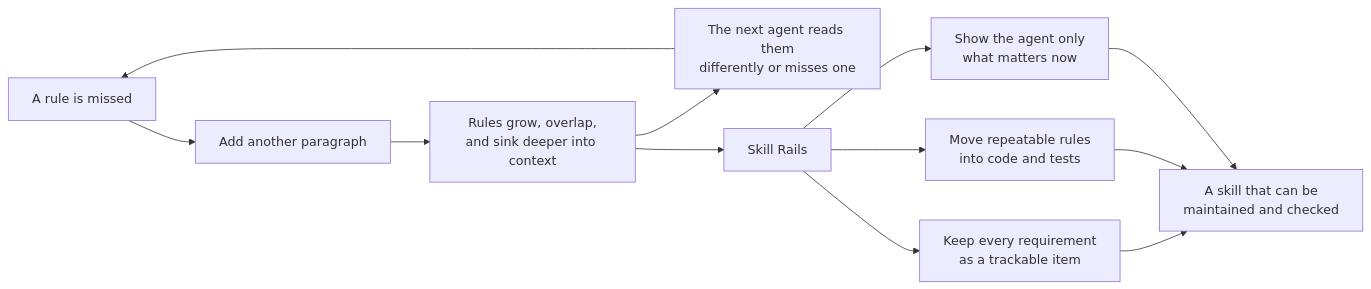
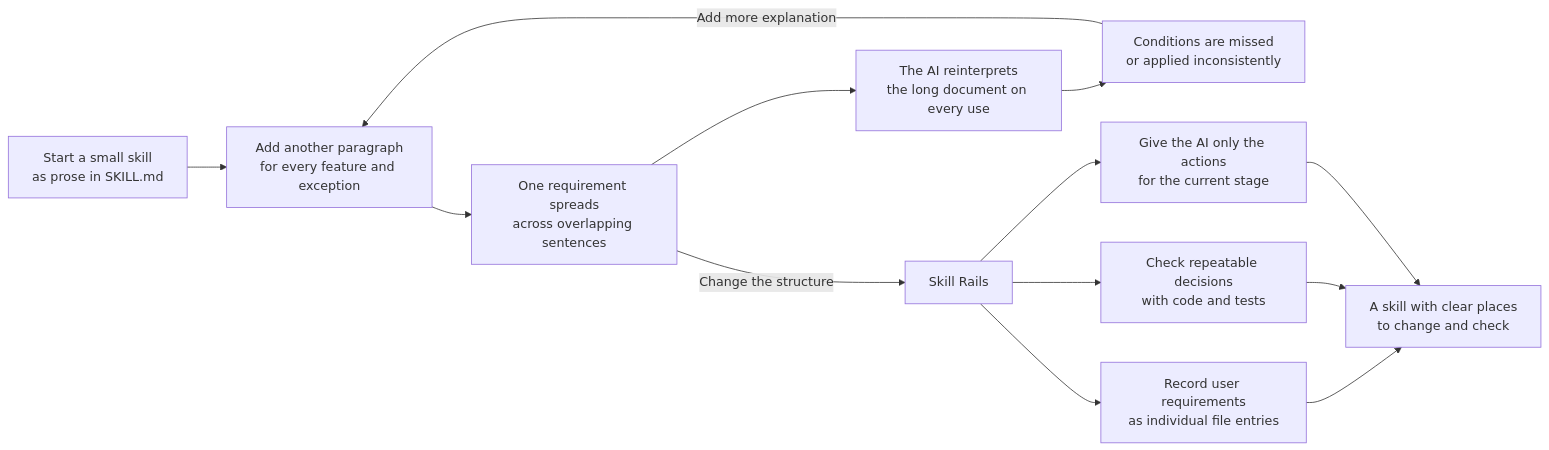
The diagram in README.md (nanomia-ai/skill-rails), drawn with Mermaid before and after one commit. The commit also changed other lines of this file and 1 other file, not shown here.

````diff
--- a/README.md
+++ b/README.md
@@ -15,14 +21,15 @@
 ```mermaid
 flowchart LR
-    A["A rule is missed"] --> B["Add another paragraph"]
-    B --> C["Rules grow, overlap,<br/>and sink deeper into context"]
-    C --> D["The next agent reads them<br/>differently or misses one"]
-    D --> A
-    C --> E["Skill Rails"]
-    E --> F["Keep every requirement<br/>as a trackable item"]
-    E --> G["Move repeatable rules<br/>into code and tests"]
-    E --> H["Show the agent only<br/>what matters now"]
-    F --> I["A skill that can be<br/>maintained and checked"]
-    G --> I
-    H --> I
+    A["Start a small skill<br/>as prose in SKILL.md"] --> B["Add another paragraph<br/>for every feature and exception"]
+    B --> C["One requirement spreads<br/>across overlapping sentences"]
+    C --> D["The AI reinterprets<br/>the long document on every use"]
+    D --> E["Conditions are missed<br/>or applied inconsistently"]
+    E -->|Add more explanation| B
+    C -->|Change the structure| F["Skill Rails"]
+    F --> G["Record user requirements<br/>as individual file entries"]
+    F --> H["Check repeatable decisions<br/>with code and tests"]
+    F --> I["Give the AI only the actions<br/>for the current stage"]
+    G --> J["A skill with clear places<br/>to change and check"]
+    H --> J
+    I --> J
 ```
````
